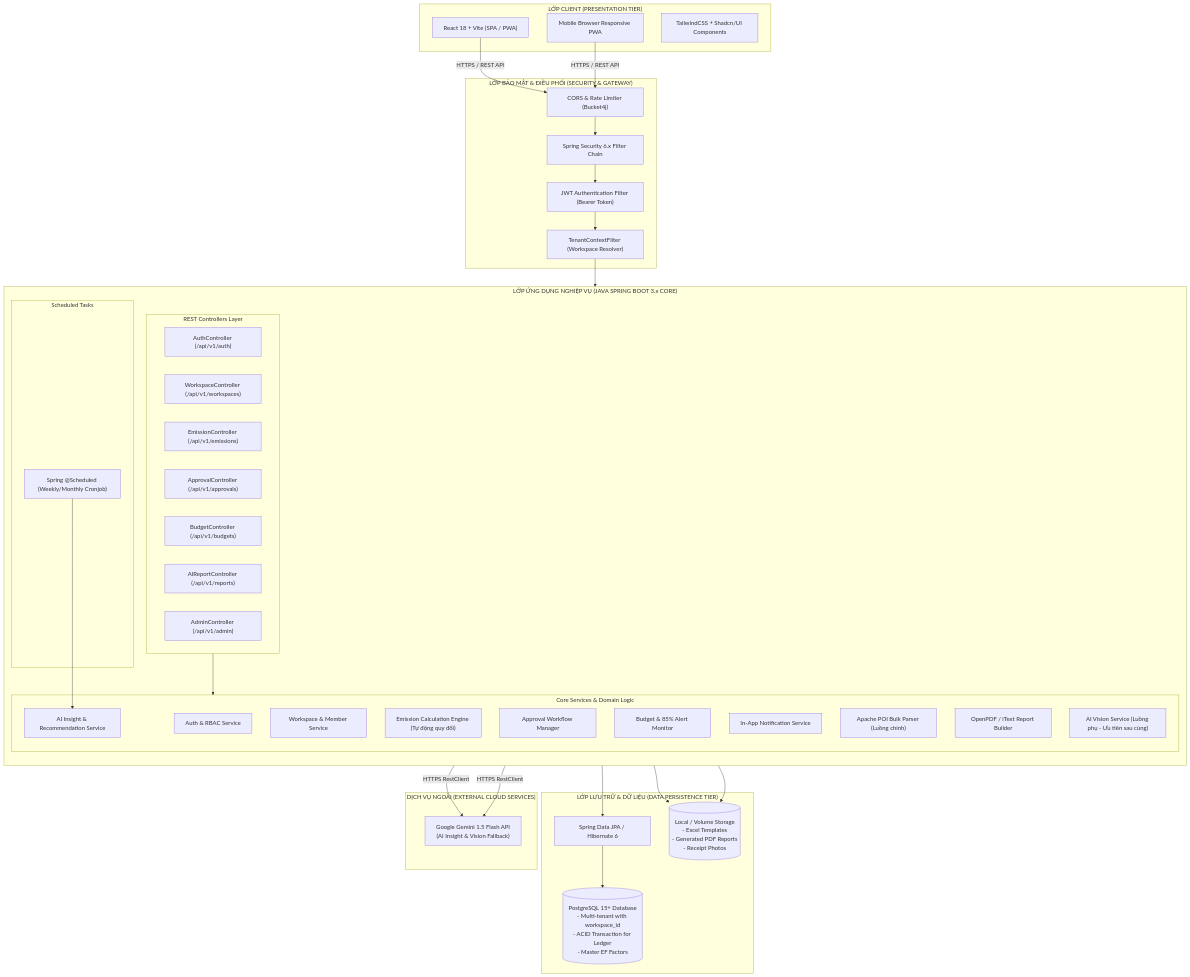
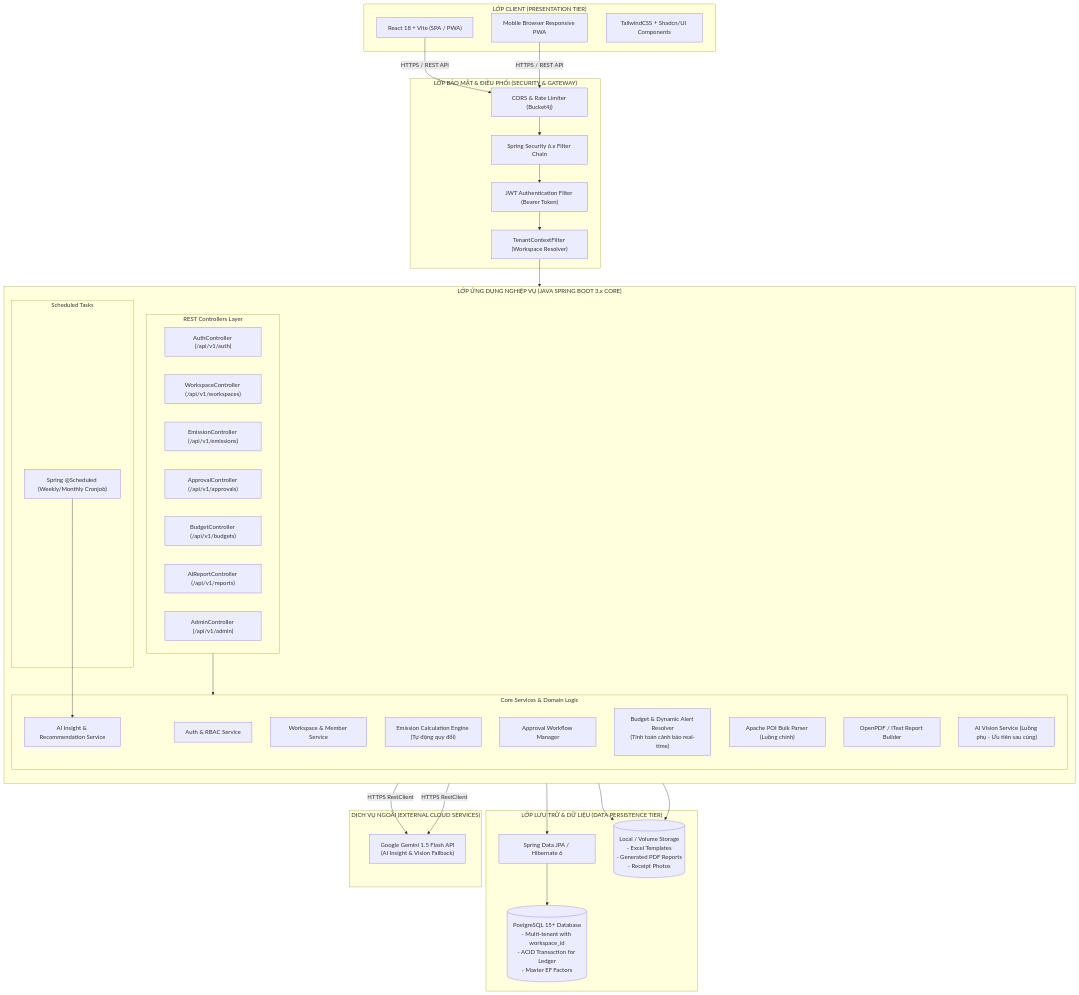
The third of 7 diagrams in docs/PRD.md (DatTienNguyenn/PMDC-BATCH4-DATNT250), drawn with Mermaid before and after one commit. The commit also changed other lines of this file and 1 other file, not shown here.

Commit message:
docs: remove notifications table from DB schema in favor of frontend real-time dynamic derivation

````diff
--- a/docs/PRD.md
+++ b/docs/PRD.md
@@ -290,72 +290,71 @@
 ```mermaid
 flowchart TD
     subgraph ClientTier["LỚP CLIENT (PRESENTATION TIER)"]
         Browser["React 18 + Vite (SPA / PWA)"]
         MobilePWA["Mobile Browser Responsive PWA"]
         Tailwind["TailwindCSS + Shadcn/UI Components"]
     end
 
     subgraph GatewaySecurity["LỚP BẢO MẬT & ĐIỀU PHỐI (SECURITY & GATEWAY)"]
         SpringSec["Spring Security 6.x Filter Chain"]
         JWTFilter["JWT Authentication Filter (Bearer Token)"]
         TenantContext["TenantContextFilter (Workspace Resolver)"]
         CorsConfig["CORS & Rate Limiter (Bucket4j)"]
     end
 
     subgraph BackendApp["LỚP ỨNG DỤNG NGHIỆP VỤ (JAVA SPRING BOOT 3.x CORE)"]
         direction TB
         subgraph Controllers["REST Controllers Layer"]
             AuthController["AuthController (/api/v1/auth)"]
             WSController["WorkspaceController (/api/v1/workspaces)"]
             EmissionController["EmissionController (/api/v1/emissions)"]
             ApprovalController["ApprovalController (/api/v1/approvals)"]
             BudgetController["BudgetController (/api/v1/budgets)"]
             AIReportController["AIReportController (/api/v1/reports)"]
             AdminController["AdminController (/api/v1/admin)"]
         end
 
         subgraph ServiceEngines["Core Services & Domain Logic"]
             AuthService["Auth & RBAC Service"]
             WorkspaceService["Workspace & Member Service"]
             CalcEngine["Emission Calculation Engine (Tự động quy đổi)"]
             ApprovalService["Approval Workflow Manager"]
-            ThresholdMonitor["Budget & 85% Alert Monitor"]
-            NotificationService["In-App Notification Service"]
+            ThresholdMonitor["Budget & Dynamic Alert Resolver\n(Tính toán cảnh báo real-time)"]
             ExcelProcessor["Apache POI Bulk Parser (Luồng chính)"]
             PDFGenerator["OpenPDF / iText Report Builder"]
             AIInsightService["AI Insight & Recommendation Service"]
             AIVisionService["AI Vision Service (Luồng phụ - Ưu tiên sau cùng)"]
         end
 
         subgraph Schedulers["Scheduled Tasks"]
             CronScheduler["Spring @Scheduled (Weekly/Monthly Cronjob)"]
         end
     end
 
     subgraph DataStorage["LỚP LƯU TRỮ & DỮ LIỆU (DATA PERSISTENCE TIER)"]
         SpringData["Spring Data JPA / Hibernate 6"]
         PostgresDB[("PostgreSQL 15+ Database\n- Multi-tenant with workspace_id\n- ACID Transaction for Ledger\n- Master EF Factors")]
         FileStorage[("Local / Volume Storage\n- Excel Templates\n- Generated PDF Reports\n- Receipt Photos")]
     end
 
     subgraph ExternalServices["DỊCH VỤ NGOÀI (EXTERNAL CLOUD SERVICES)"]
         GeminiAPI["Google Gemini 1.5 Flash API\n(AI Insight & Vision Fallback)"]
     end
 
     %% Tương tác Client -> Gateway
     Browser & MobilePWA -->|HTTPS / REST API| CorsConfig
     CorsConfig --> SpringSec
     SpringSec --> JWTFilter
     JWTFilter --> TenantContext
     TenantContext --> Controllers
 
     %% Controllers -> Services
     Controllers --> ServiceEngines
     CronScheduler --> AIInsightService
 
     %% Services -> Data & External
     ServiceEngines --> SpringData
     SpringData --> PostgresDB
     AIInsightService & AIVisionService -->|HTTPS RestClient| GeminiAPI
     ExcelProcessor & PDFGenerator --> FileStorage
 ```
````
